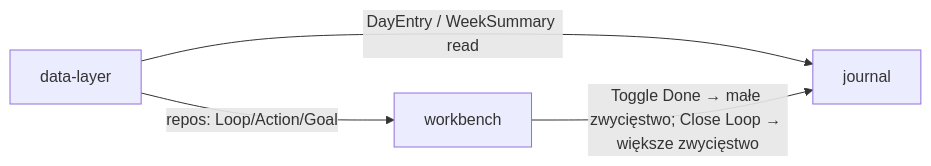
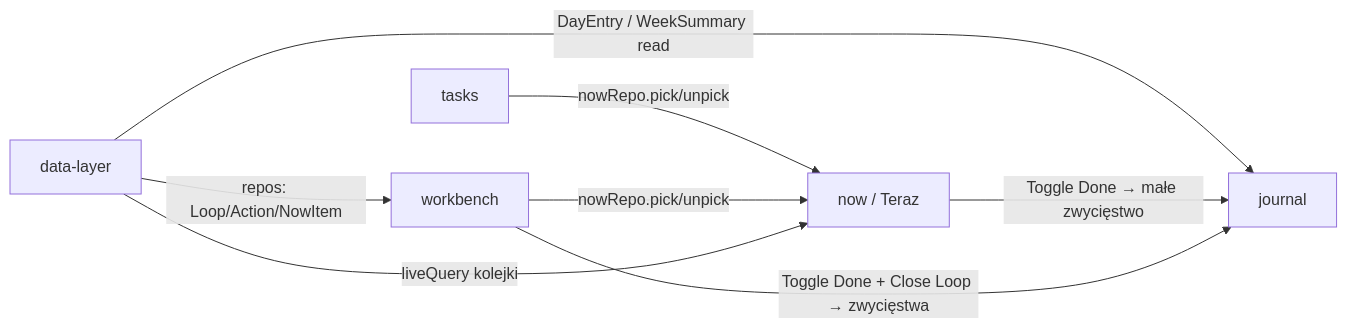
The diagram in docs/MODULES.md (marekbrze/openloops), drawn with Mermaid before and after one commit. The commit also changed other lines of this file and 11 other files, not shown here.

First line of the commit message:
proto:docs(now+tasks): specs, ADR-0020..0023, plan zmiany + inwentarz domeny

````diff
--- a/docs/MODULES.md
+++ b/docs/MODULES.md
@@ -39,6 +55,10 @@
 ```mermaid
 graph LR
-    DL[data-layer] -->|"repos: Loop/Action/Goal"| WB[workbench]
+    TK[tasks] -->|"nowRepo.pick/unpick"| NO[now / Teraz]
+    WB[workbench] -->|"nowRepo.pick/unpick"| NO
+    DL[data-layer] -->|"repos: Loop/Action/NowItem"| WB
+    DL -->|"liveQuery kolejki"| NO
     DL -->|"DayEntry / WeekSummary read"| JO[journal]
-    WB -->|"Toggle Done → małe zwycięstwo; Close Loop → większe zwycięstwo"| JO
+    NO -->|"Toggle Done → małe zwycięstwo"| JO
+    WB -->|"Toggle Done + Close Loop → zwycięstwa"| JO
 ```
````
